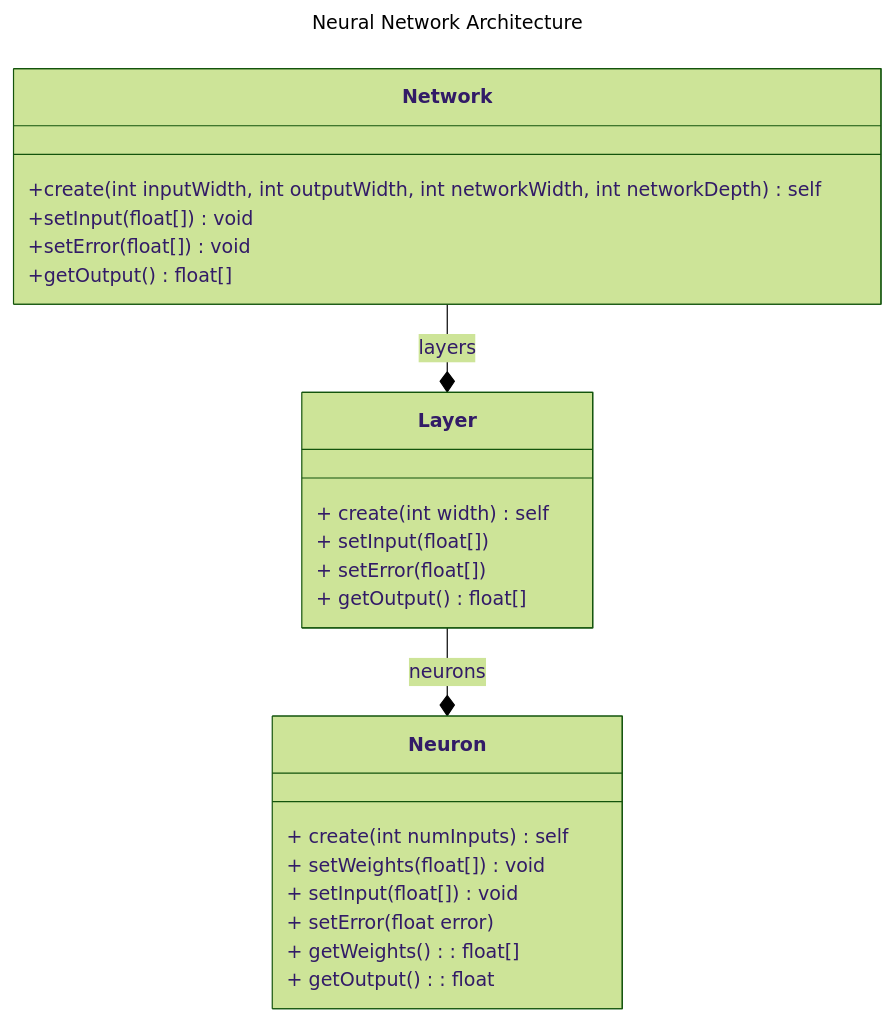
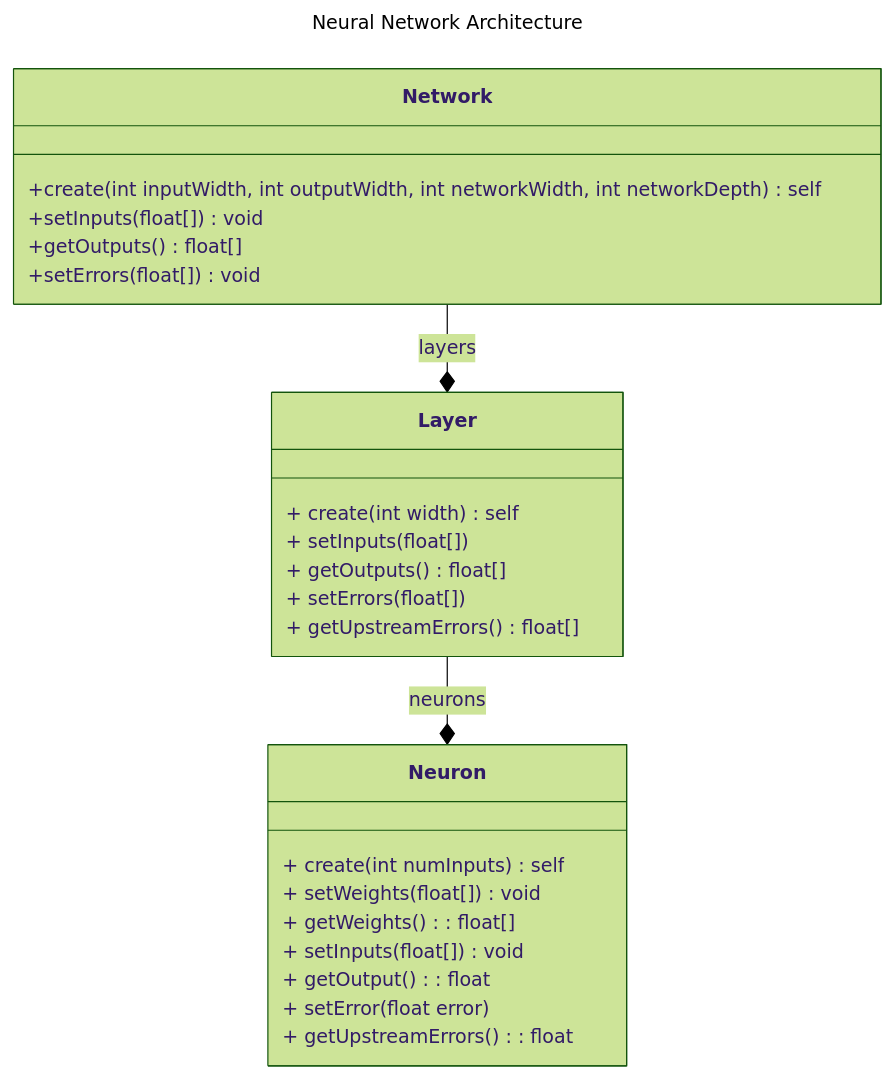
The diagram in Readme.md (mficzel/NeuralNetworkPlayground), drawn with Mermaid (forest theme) before and after one commit.

````diff
--- a/Readme.md
+++ b/Readme.md
@@ -1,32 +1,39 @@
 ```mermaid
 ---
 title: Neural Network Architecture
 ---
 classDiagram
 
   class Network {
      +create(int inputWidth, int outputWidth, int networkWidth, int networkDepth) self
-     +setInput(float[]) void
-     +setError(float[]) void
-     +getOutput() float[]
+
+     +setInputs(float[]) void
+     +getOutputs() float[]
+
+     +setErrors(float[]) void
   }
 
   class Layer {
      + create(int width) self
-     + setInput(float[])
-     + setError(float[])
-     + getOutput() float[]
+
+     + setInputs(float[])
+     + getOutputs() float[]
+     
+     + setErrors(float[])
+     + getUpstreamErrors() float[]
   }
 
   class Neuron {
      + create(int numInputs) self
      + setWeights(float[]) void
-     + setInput(float[]) void
+     + getWeights(): float[]
+     + setInputs(float[]) void
+     + getOutput(): float
+
      + setError(float error)
-     + getWeights(): float[]
-     + getOutput(): float
+     + getUpstreamErrors(): float
   }
 
   Network --* Layer : layers
   Layer --* Neuron : neurons
 ```
````
